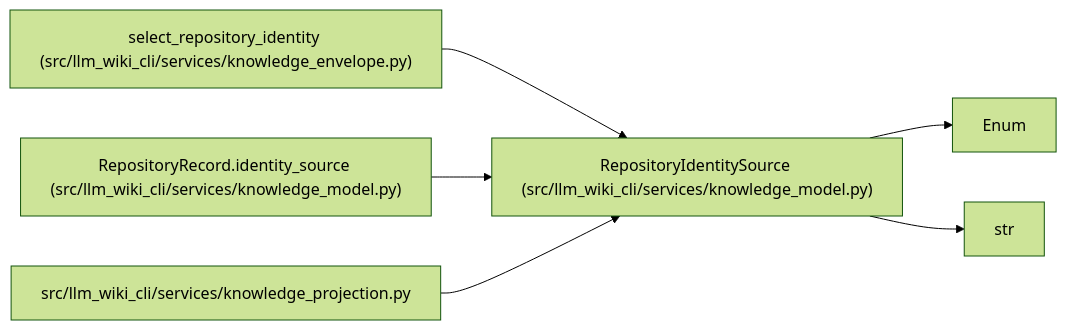
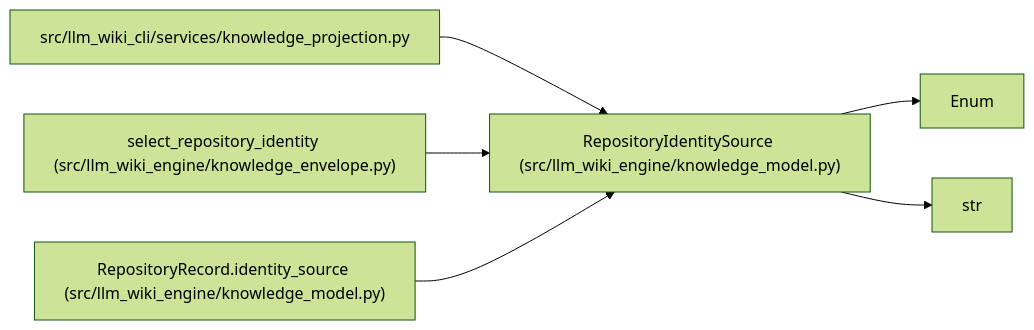
Before and after one commit to Denissvgn/python-wiki-llm: the diagram in docs/llm_wiki/entities/RepositoryIdentitySource.md, drawn with Mermaid (forest theme). The commit also changed other lines of this file and 1058 other files, not shown here.

First line of the commit message:
docs: refresh the wiki for the knowledge store move

````diff
--- a/docs/llm_wiki/entities/RepositoryIdentitySource.md
+++ b/docs/llm_wiki/entities/RepositoryIdentitySource.md
@@ -27,18 +27,18 @@
 ```mermaid
 flowchart LR
-    n0["RepositoryIdentitySource (src/llm_wiki_cli/services/knowledge_model.py)"]
+    n0["RepositoryIdentitySource (src/llm_wiki_engine/knowledge_model.py)"]
     n1["Enum"]
     n2["str"]
-    n3["select_repository_identity (src/llm_wiki_cli/services/knowledge_envelope.py)"]
-    n4["RepositoryRecord.identity_source (src/llm_wiki_cli/services/knowledge_model.py)"]
-    n5["src/llm_wiki_cli/services/knowledge_projection.py"]
+    n3["src/llm_wiki_cli/services/knowledge_projection.py"]
+    n4["select_repository_identity (src/llm_wiki_engine/knowledge_envelope.py)"]
+    n5["RepositoryRecord.identity_source (src/llm_wiki_engine/knowledge_model.py)"]
     n0 --> n1
     n0 --> n2
     n3 --> n0
     n4 --> n0
     n5 --> n0
     click n0 "../modules/knowledge_model.md"
-    click n3 "../modules/knowledge_envelope.md"
-    click n4 "../modules/knowledge_model.md"
-    click n5 "../modules/knowledge_projection.md"
+    click n3 "../modules/knowledge_projection.md"
+    click n4 "../modules/knowledge_envelope.md"
+    click n5 "../modules/knowledge_model.md"
 ```
````
